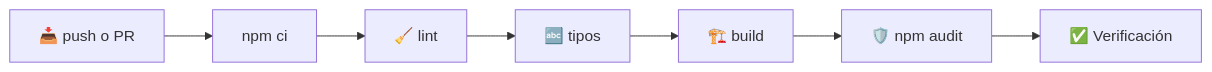
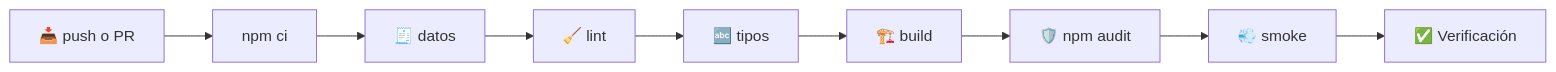
One commit to Quri-Nawi/Quri-Nawi changed the fourth of 4 diagrams in README.md. Above: the diagram before and after it, drawn with Mermaid. The commit also changed other lines of this file and 41 other files, not shown here.

````diff
--- a/README.md
+++ b/README.md
@@ -197,4 +251,4 @@
 ```mermaid
 flowchart LR
-    A["📥 push o PR"] --> B["npm ci"] --> C["🧹 lint"] --> D["🔤 tipos"] --> E["🏗️ build"] --> F["🛡️ npm audit"] --> G["✅ Verificación"]
+    A["📥 push o PR"] --> B["npm ci"] --> V["🧾 datos"] --> C["🧹 lint"] --> D["🔤 tipos"] --> E["🏗️ build"] --> F["🛡️ npm audit"] --> H["💨 smoke"] --> G["✅ Verificación"]
 ```
````
